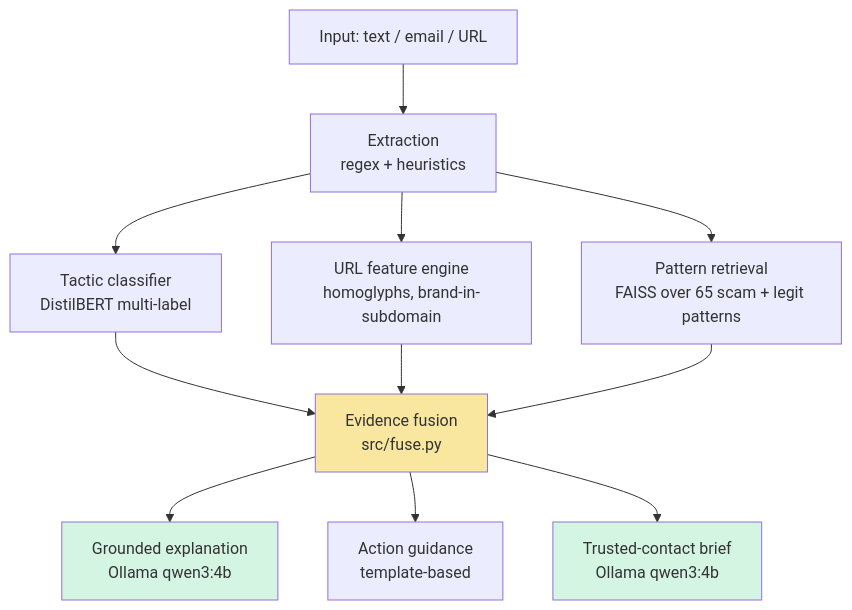
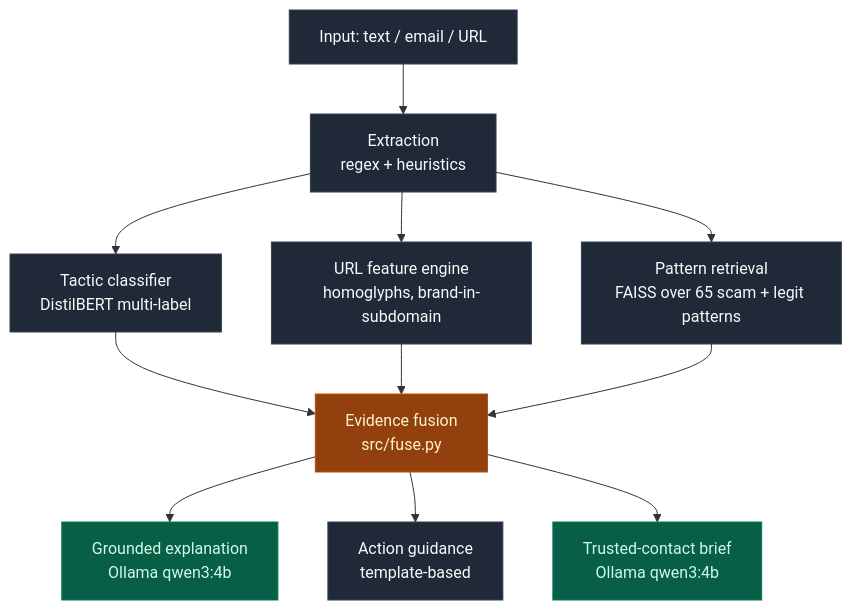
One commit to imjimit07/Second-Look changed the diagram in README.md. Above: the diagram before and after it, drawn with Mermaid. The commit also changed other lines of this file and 3 other files, not shown here.

````diff
--- a/README.md
+++ b/README.md
@@ -52,16 +53,25 @@
 ```mermaid
 flowchart TD
     A[Input: text / email / URL] --> B[Extraction<br/>regex + heuristics]
     B --> C1[Tactic classifier<br/>DistilBERT multi-label]
     B --> C2[URL feature engine<br/>homoglyphs, brand-in-subdomain]
     B --> C3[Pattern retrieval<br/>FAISS over 65 scam + legit patterns]
     C1 --> D[Evidence fusion<br/>src/fuse.py]
     C2 --> D
     C3 --> D
     D --> E[Grounded explanation<br/>Ollama qwen3:4b]
     D --> F[Action guidance<br/>template-based]
     D --> G[Trusted-contact brief<br/>Ollama qwen3:4b]
-    style D fill:#f9e79f
-    style E fill:#d5f5e3
-    style G fill:#d5f5e3
+
+    style A fill:#1f2937,stroke:#374151,color:#f9fafb
+    style B fill:#1f2937,stroke:#374151,color:#f9fafb
+    style C1 fill:#1f2937,stroke:#374151,color:#f9fafb
+    style C2 fill:#1f2937,stroke:#374151,color:#f9fafb
+    style C3 fill:#1f2937,stroke:#374151,color:#f9fafb
+
+    style D fill:#92400e,stroke:#b45309,color:#fef3c7
+
+    style E fill:#065f46,stroke:#047857,color:#d1fae5
+    style F fill:#1f2937,stroke:#374151,color:#f9fafb
+    style G fill:#065f46,stroke:#047857,color:#d1fae5
 ```
````
